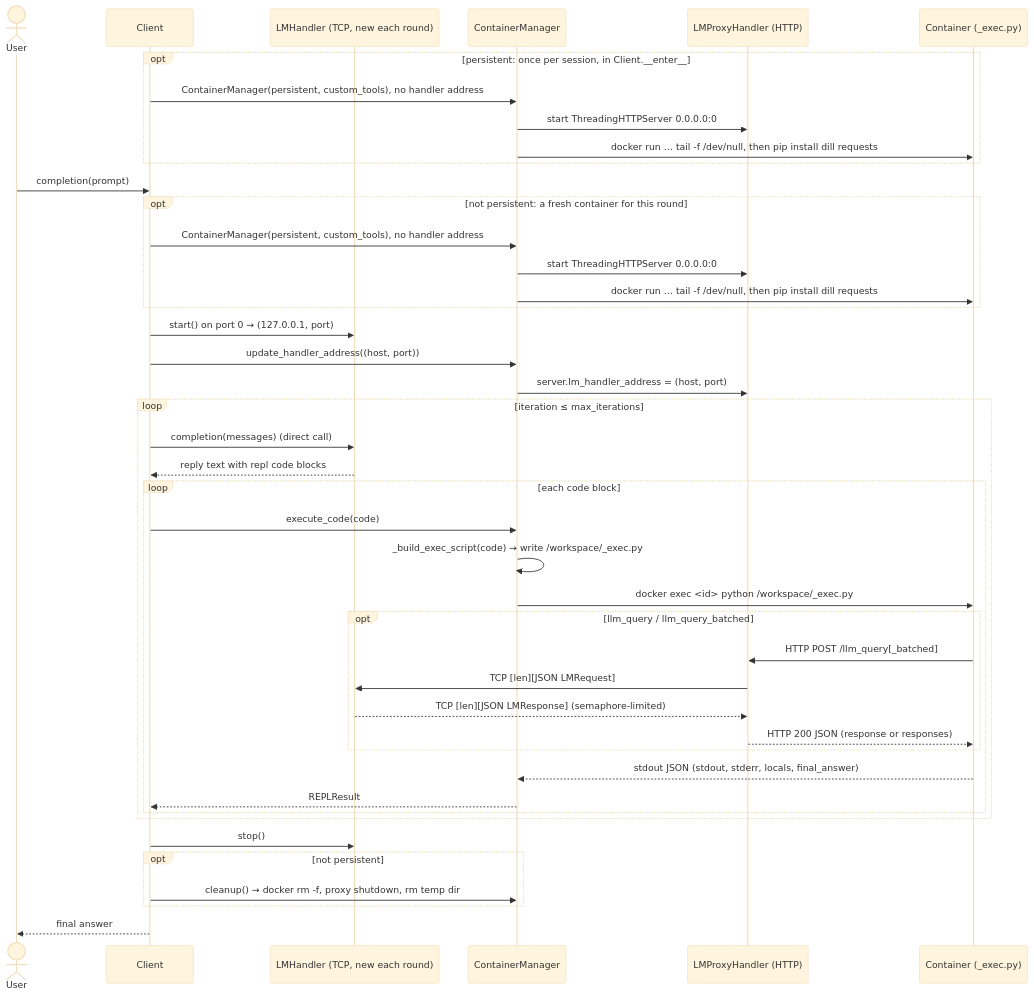
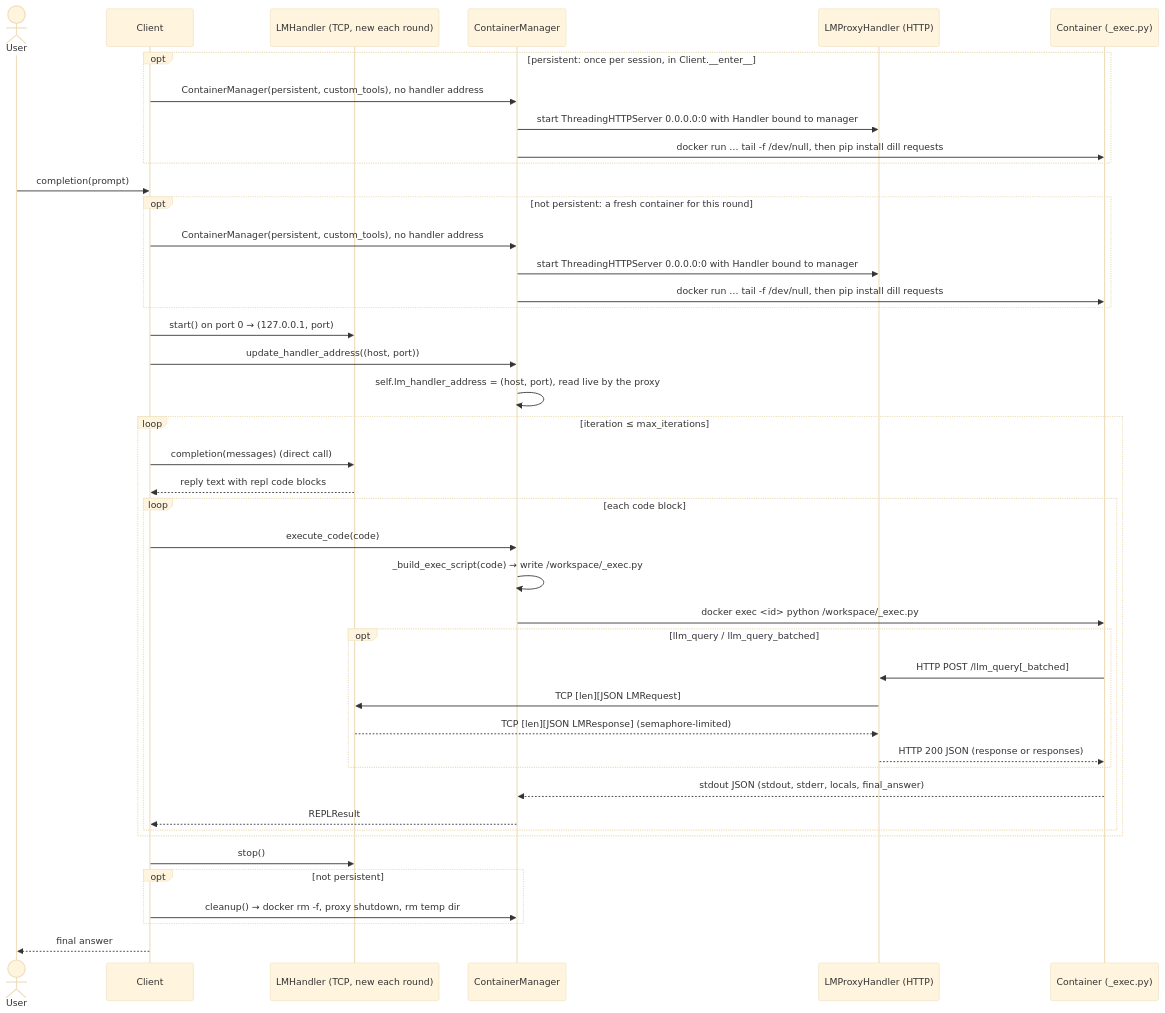
Before and after one commit to zhuy-seattleu/DockerREPL: the diagram in docs/ARCHITECTURE.md, drawn with Mermaid (base theme). The commit also changed other lines of this file, not shown here.

First line of the commit message:
Revise design per second review: LM concurrency cap in BaseLM, MockLM cursor, exec_timeout, proxy handler binding

````diff
--- a/docs/ARCHITECTURE.md
+++ b/docs/ARCHITECTURE.md
@@ -427,46 +489,46 @@
 ```mermaid
 sequenceDiagram
     actor U as User
     participant C as Client
     participant H as LMHandler (TCP, new each round)
     participant M as ContainerManager
     participant P as LMProxyHandler (HTTP)
     participant X as Container (_exec.py)
 
     opt persistent: once per session, in Client.__enter__
         C->>M: ContainerManager(persistent, custom_tools), no handler address
-        M->>P: start ThreadingHTTPServer 0.0.0.0:0
+        M->>P: start ThreadingHTTPServer 0.0.0.0:0 with Handler bound to manager
         M->>X: docker run … tail -f /dev/null, then pip install dill requests
     end
     U->>C: completion(prompt)
     opt not persistent: a fresh container for this round
         C->>M: ContainerManager(persistent, custom_tools), no handler address
-        M->>P: start ThreadingHTTPServer 0.0.0.0:0
+        M->>P: start ThreadingHTTPServer 0.0.0.0:0 with Handler bound to manager
         M->>X: docker run … tail -f /dev/null, then pip install dill requests
     end
     C->>H: start() on port 0 → (127.0.0.1, port)
     C->>M: update_handler_address((host, port))
-    M->>P: server.lm_handler_address = (host, port)
+    M->>M: self.lm_handler_address = (host, port), read live by the proxy
     loop iteration ≤ max_iterations
         C->>H: completion(messages) (direct call)
         H-->>C: reply text with repl code blocks
         loop each code block
             C->>M: execute_code(code)
             M->>M: _build_exec_script(code) → write /workspace/_exec.py
             M->>X: docker exec <id> python /workspace/_exec.py
             opt llm_query / llm_query_batched
                 X->>P: HTTP POST /llm_query[_batched]
                 P->>H: TCP [len][JSON LMRequest]
                 H-->>P: TCP [len][JSON LMResponse] (semaphore-limited)
                 P-->>X: HTTP 200 JSON (response or responses)
             end
             X-->>M: stdout JSON (stdout, stderr, locals, final_answer)
             M-->>C: REPLResult
         end
     end
     C->>H: stop()
     opt not persistent
         C->>M: cleanup() → docker rm -f, proxy shutdown, rm temp dir
     end
     C-->>U: final answer
 ```
````
